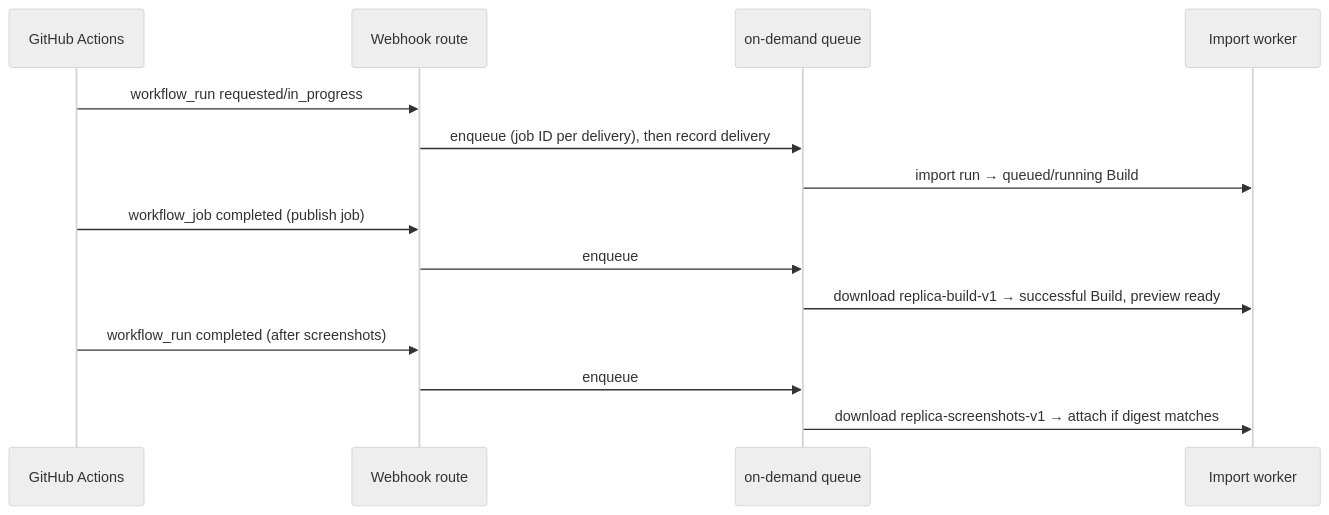
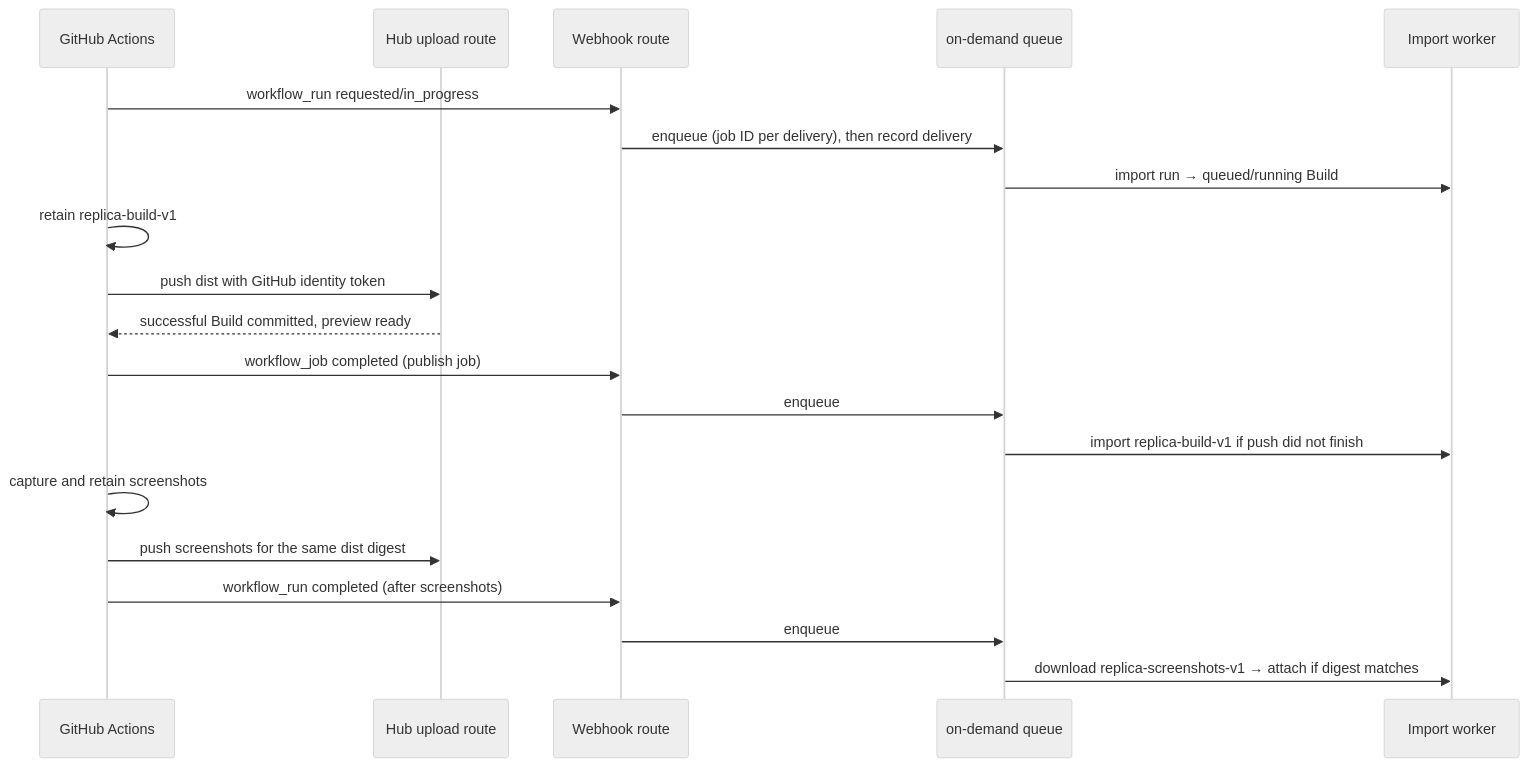
The diagram in hub/docs/github-actions-builds.md (github/replica), drawn with Mermaid (neutral theme) before and after one commit. The commit also changed other lines of this file and 1 other file, not shown here.

First line of the commit message:
docs(hub): explain push publishing and recovery limits

````diff
--- a/hub/docs/github-actions-builds.md
+++ b/hub/docs/github-actions-builds.md
@@ -60,16 +88,22 @@
 ```mermaid
 sequenceDiagram
   participant GA as GitHub Actions
+  participant H as Hub upload route
   participant W as Webhook route
   participant Q as on-demand queue
   participant I as Import worker
   GA->>W: workflow_run requested/in_progress
   W->>Q: enqueue (job ID per delivery), then record delivery
   Q->>I: import run → queued/running Build
+  GA->>GA: retain replica-build-v1
+  GA->>H: push dist with GitHub identity token
+  H-->>GA: successful Build committed, preview ready
   GA->>W: workflow_job completed (publish job)
   W->>Q: enqueue
-  Q->>I: download replica-build-v1 → successful Build, preview ready
+  Q->>I: import replica-build-v1 if push did not finish
+  GA->>GA: capture and retain screenshots
+  GA->>H: push screenshots for the same dist digest
   GA->>W: workflow_run completed (after screenshots)
   W->>Q: enqueue
   Q->>I: download replica-screenshots-v1 → attach if digest matches
 ```
````
